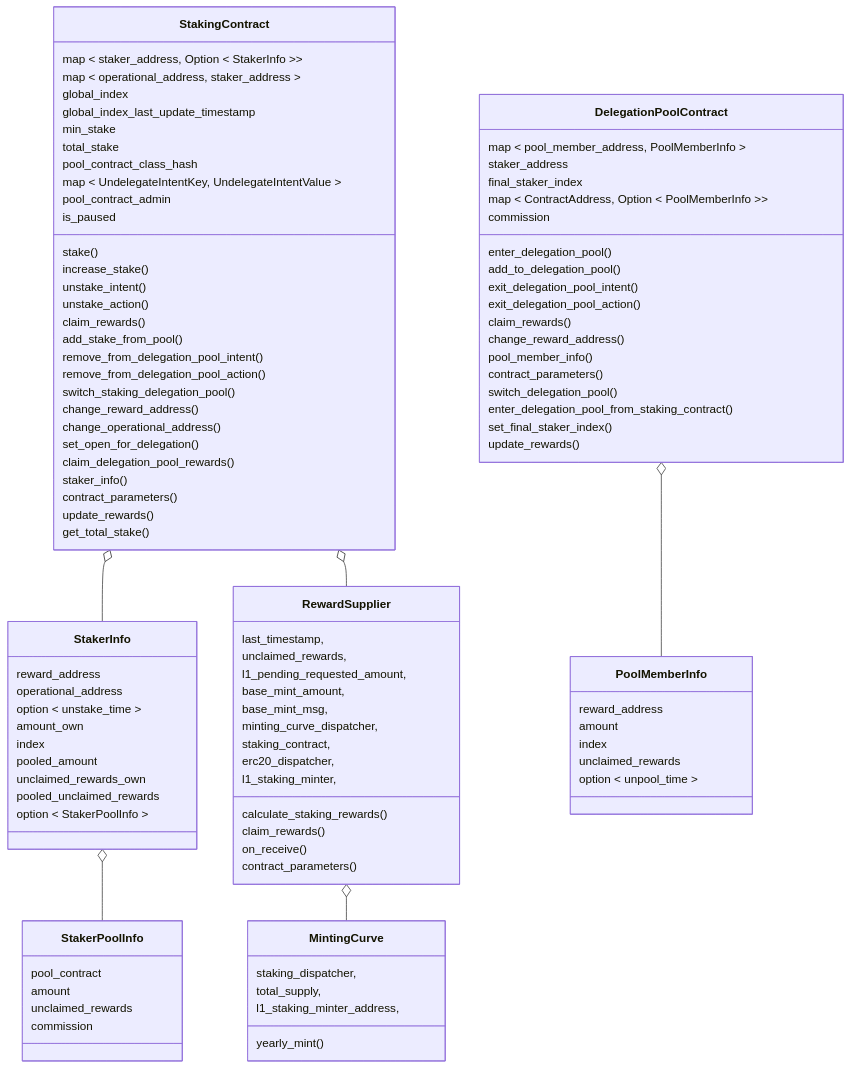
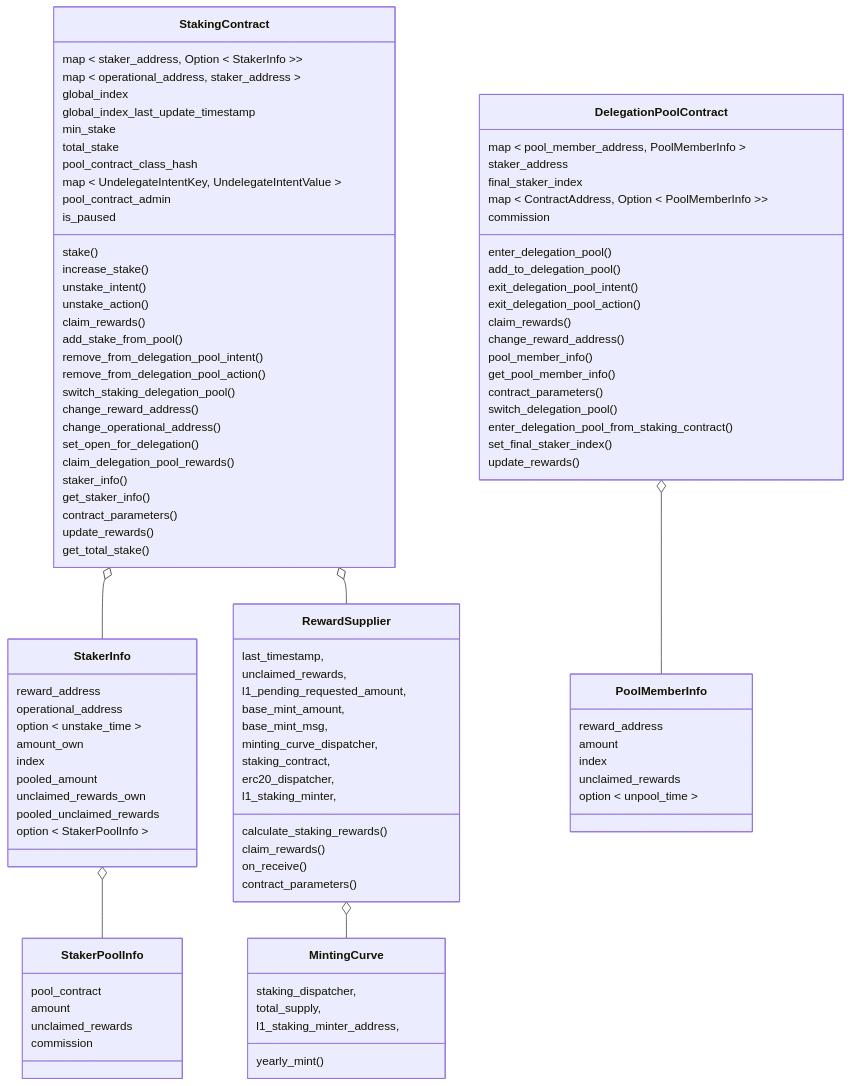
One commit to starkware-libs/starknet-staking changed the first of 8 diagrams in workspace/apps/staking/docs/spec.md. Above: the diagram before and after it, drawn with Mermaid. The commit also changed other lines of this file and 7 other files, not shown here.

```diff
--- a/workspace/apps/staking/docs/spec.md
+++ b/workspace/apps/staking/docs/spec.md
@@ -170,6 +172,7 @@
     set_open_for_delegation()
     claim_delegation_pool_rewards()
     staker_info()
+    get_staker_info()
     contract_parameters()
     update_rewards()
     get_total_stake()
@@ -188,6 +191,7 @@
     claim_rewards()
     change_reward_address()
     pool_member_info()
+    get_pool_member_info()
     contract_parameters()
     switch_delegation_pool()
     enter_delegation_pool_from_staking_contract()
```
